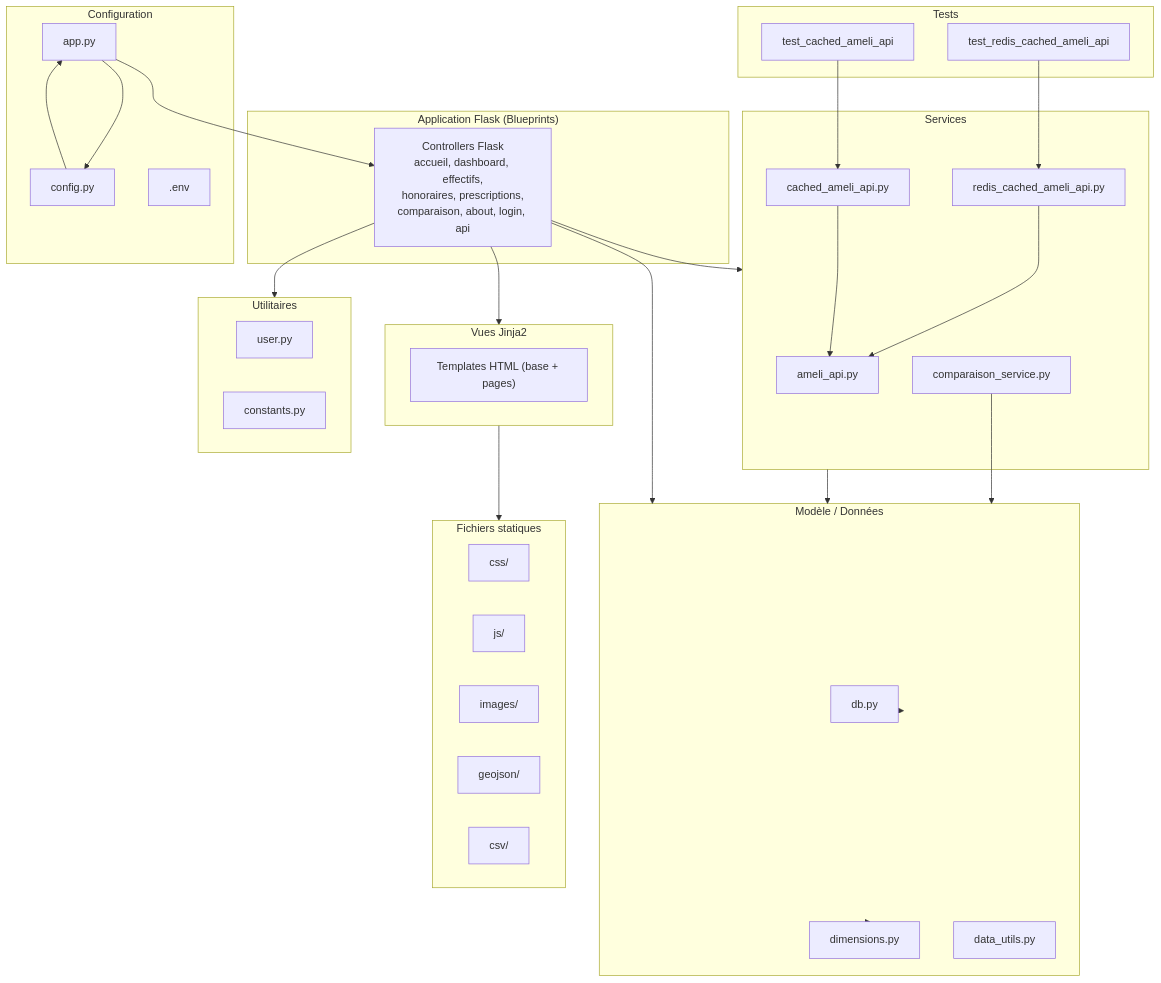
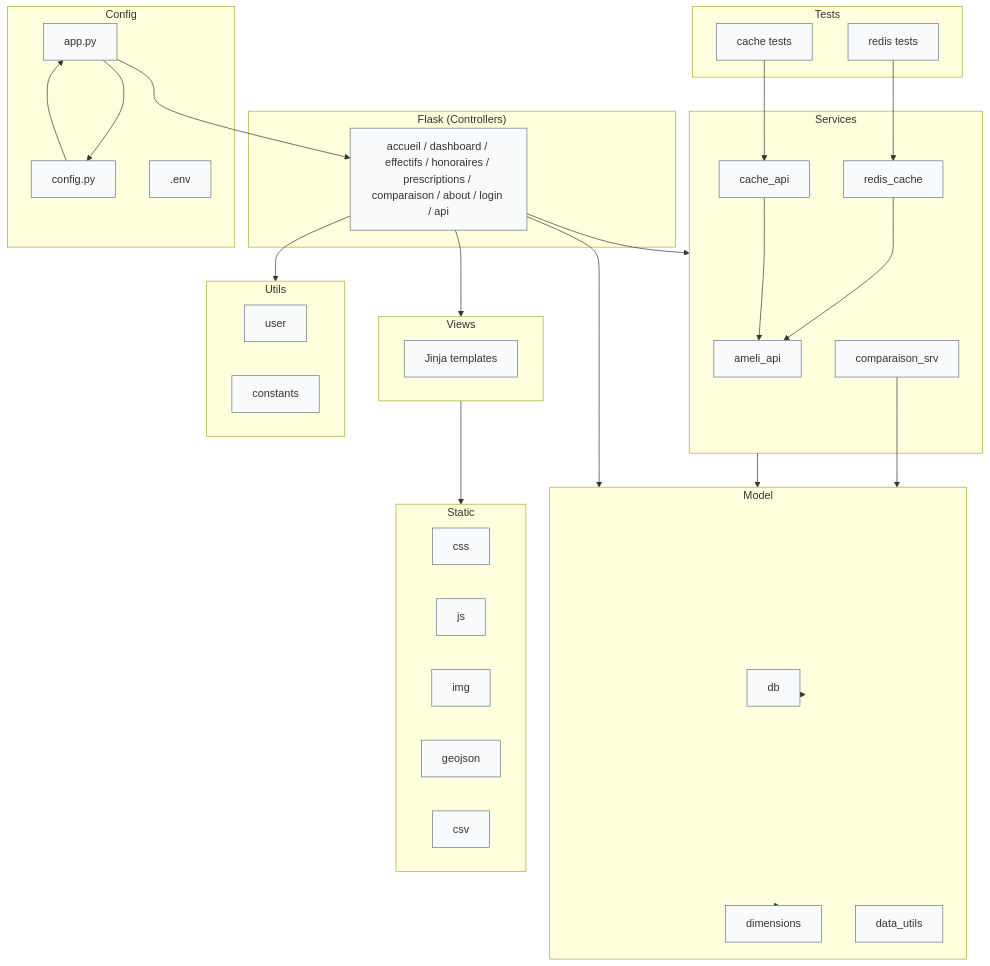
Before and after one commit to AG7dev/SAE201: the diagram in README.md, drawn with Mermaid.

Commit message:
remodification du graphe

````diff
--- a/README.md
+++ b/README.md
@@ -50,72 +50,76 @@
 ```mermaid
 graph TB
 
-    subgraph CONFIG["Configuration"]
-        APP_APP["app.py"]
-        CONFIG_FILE["config.py"]
-        ENV_FILE[".env"]
-    end
+subgraph CONFIG["Config"]
+    APP["app.py"]
+    CFG["config.py"]
+    ENV[".env"]
+end
 
-    subgraph FLASK["Application Flask (Blueprints)"]
-        ROUTES["Controllers Flask<br/>accueil, dashboard, effectifs,<br/>honoraires, prescriptions,<br/>comparaison, about, login, api"]
-    end
+subgraph FLASK["Flask (Controllers)"]
+    CTX["accueil / dashboard / effectifs / honoraires / prescriptions / comparaison / about / login / api"]
+end
 
-    subgraph SERVICES["Services"]
-        AMELI_SVC["ameli_api.py"]
-        CACHE_SVC["cached_ameli_api.py"]
-        REDIS_SVC["redis_cached_ameli_api.py"]
-        COMP_SVC["comparaison_service.py"]
-    end
+subgraph SRV["Services"]
+    AME["ameli_api"]
+    CAC["cache_api"]
+    RED["redis_cache"]
+    COM["comparaison_srv"]
+end
 
-    subgraph MODEL["Modèle / Données"]
-        DB_MODEL["db.py"]
-        DIM_MODEL["dimensions.py"]
-        DATA_UTILS["data_utils.py"]
-    end
+subgraph MOD["Model"]
+    DB["db"]
+    DIM["dimensions"]
+    DAT["data_utils"]
+end
 
-    subgraph UTILS["Utilitaires"]
-        USER_UTIL["user.py"]
-        CONST_UTIL["constants.py"]
-    end
+subgraph UTL["Utils"]
+    USR["user"]
+    CST["constants"]
+end
 
-    subgraph VIEWS["Vues Jinja2"]
-        TEMPLATES["Templates HTML (base + pages)"]
-    end
+subgraph VWS["Views"]
+    TPL["Jinja templates"]
+end
 
-    subgraph STATIC["Fichiers statiques"]
-        CSS_DIR["css/"]
-        JS_DIR["js/"]
-        IMG_DIR["images/"]
-        GEO_DIR["geojson/"]
-        CSV_DIR["csv/"]
-    end
+subgraph STC["Static"]
+    CSS["css"]
+    JS["js"]
+    IMG["img"]
+    GEO["geojson"]
+    CSV["csv"]
+end
 
-    subgraph TESTS["Tests"]
-        TEST_CACHE["test_cached_ameli_api"]
-        TEST_REDIS["test_redis_cached_ameli_api"]
-    end
+subgraph TST["Tests"]
+    TC["cache tests"]
+    TR["redis tests"]
+end
 
-    %% Relations principales
-    APP_APP --> ROUTES
-    APP_APP --> CONFIG_FILE
+%% Flow
+APP --> CTX
+APP --> CFG
+CFG --> APP
 
-    ROUTES --> SERVICES
-    ROUTES --> MODEL
-    ROUTES --> VIEWS
-    ROUTES --> UTILS
+CTX --> SRV
+CTX --> MOD
+CTX --> VWS
+CTX --> UTL
 
-    SERVICES --> MODEL
-    CACHE_SVC --> AMELI_SVC
-    REDIS_SVC --> AMELI_SVC
-    COMP_SVC --> MODEL
+SRV --> MOD
+CAC --> AME
+RED --> AME
+COM --> MOD
 
-    MODEL --> DB_MODEL
-    MODEL --> DIM_MODEL
+MOD --> DB
+MOD --> DIM
 
-    VIEWS --> STATIC
+VWS --> STC
 
-    TEST_CACHE --> CACHE_SVC
-    TEST_REDIS --> REDIS_SVC
+TC --> CAC
+TR --> RED
 
-    CONFIG_FILE --> APP_APP
+%% Compact styling
+classDef box fill:#f8fafc,stroke:#64748b,stroke-width:1px;
+
+class APP,CFG,ENV,CTX,AME,CAC,RED,COM,DB,DIM,DAT,USR,CST,TPL,CSS,JS,IMG,GEO,CSV,TC,TR box;
 ```
````
